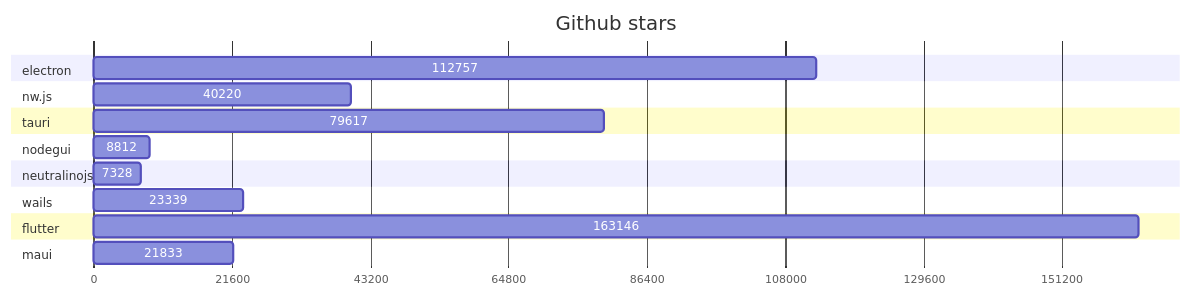
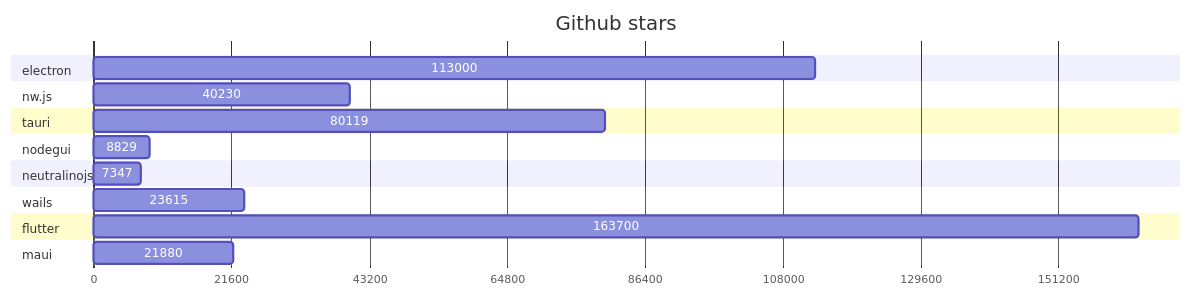
Before and after one commit to Elanis/web-to-desktop-framework-comparison: the first of 2 diagrams in GRAPHS.md, drawn with Mermaid. The commit also changed other lines of this file and 2 other files, not shown here.

Commit message:
Update stars & Fork

````diff
--- a/GRAPHS.md
+++ b/GRAPHS.md
@@ -5,40 +5,40 @@
 ```mermaid
 gantt
     title Github stars
     dateFormat  X
     axisFormat %s
 
 
 	section electron
-	112757 : 0, 112757
+	113000 : 0, 113000
 
 	
 	section nw.js
-	40220 : 0, 40220
+	40230 : 0, 40230
 
 	
 	section tauri
-	79617 : 0, 79617
+	80119 : 0, 80119
 
 	
 	section nodegui
-	8812 : 0, 8812
+	8829 : 0, 8829
 
 	
 	section neutralinojs
-	7328 : 0, 7328
+	7347 : 0, 7347
 
 	
 	section wails
-	23339 : 0, 23339
+	23615 : 0, 23615
 
 	
 	section flutter
-	163146 : 0, 163146
+	163700 : 0, 163700
 
 	
 	section maui
-	21833 : 0, 21833
+	21880 : 0, 21880
 
 	
 ```
````
